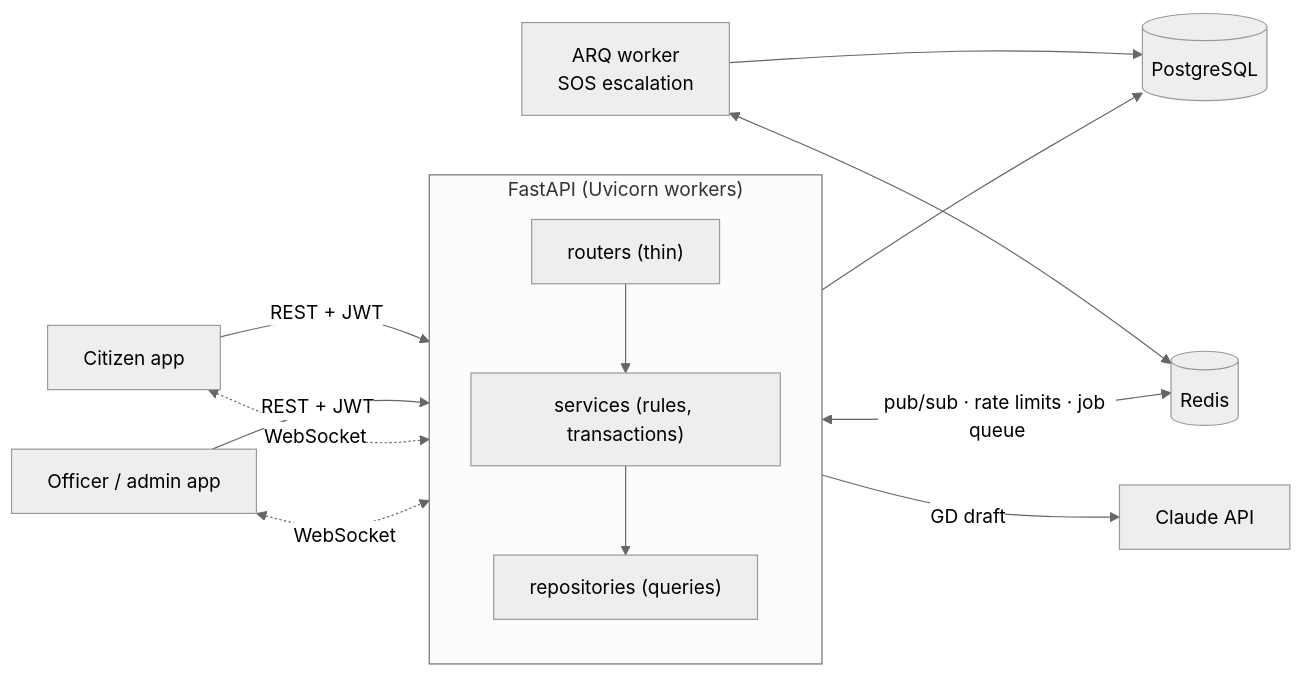
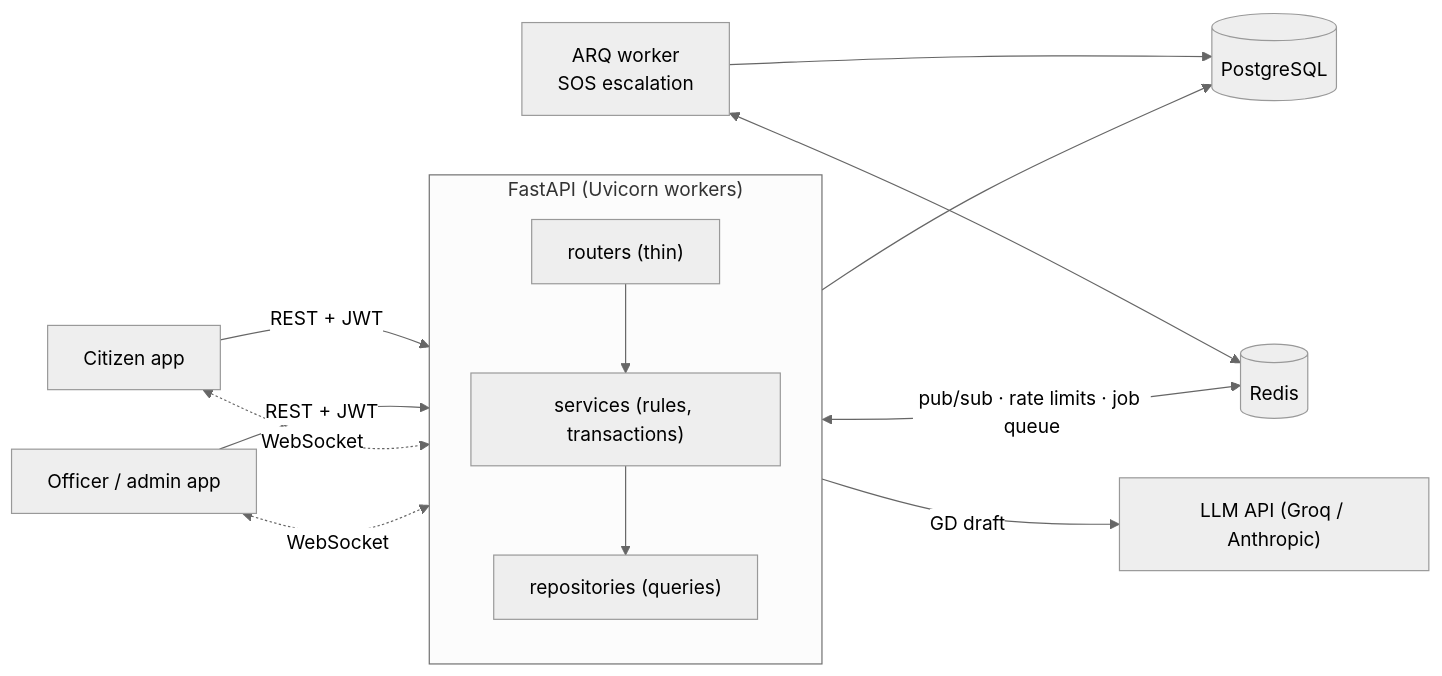
One commit to AsadShibli/rokkha changed the first of 2 diagrams in README.md. Above: the diagram before and after it, drawn with Mermaid (neutral theme). The commit also changed other lines of this file and 10 other files, not shown here.

First line of the commit message:
feat(gd): Groq as a free AI provider for the GD draft

````diff
--- a/README.md
+++ b/README.md
@@ -60,16 +60,16 @@
 ```mermaid
 flowchart LR
     C["Citizen app"] -- "REST + JWT" --> API
     S["Officer / admin app"] -- "REST + JWT" --> API
     C <-. "WebSocket" .-> API
     S <-. "WebSocket" .-> API
     subgraph API["FastAPI (Uvicorn workers)"]
         direction TB
         R["routers (thin)"] --> SV["services (rules, transactions)"] --> RP["repositories (queries)"]
     end
     RP --> PG[("PostgreSQL")]
     API <-- "pub/sub · rate limits · job queue" --> RD[("Redis")]
     W["ARQ worker<br/>SOS escalation"] <--> RD
     W --> PG
-    API -- "GD draft" --> AI["Claude API"]
+    API -- "GD draft" --> AI["LLM API (Groq / Anthropic)"]
 ```
````
